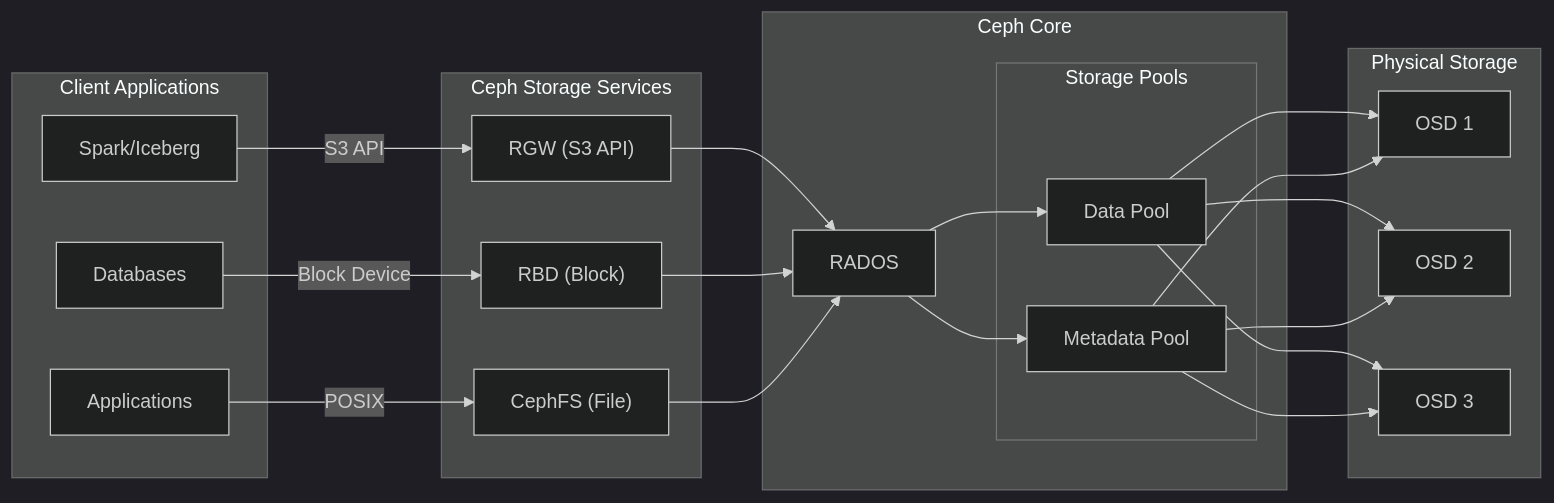
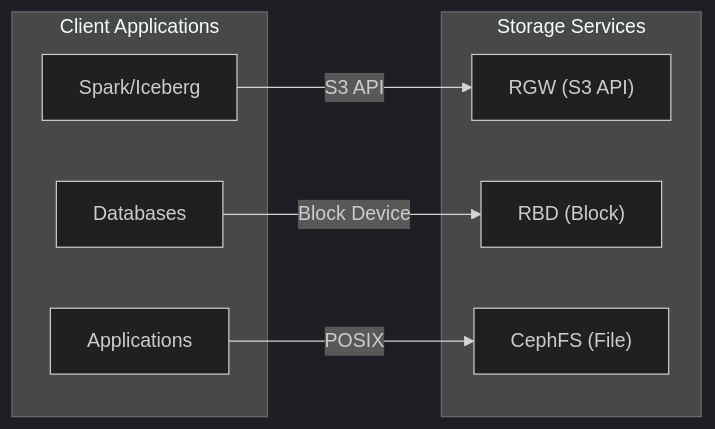
Before and after one commit to rammi-dev/data-k8s-playground: the second of 2 diagrams in components/ceph/README.md, drawn with Mermaid (dark theme). The commit also changed other lines of this file and 144 other files, not shown here.

````diff
--- a/components/ceph/README.md
+++ b/components/ceph/README.md
@@ -76,42 +60,18 @@
 ```mermaid
 flowchart LR
     subgraph Clients["Client Applications"]
         Spark["Spark/Iceberg"]
         DB["Databases"]
         Apps["Applications"]
     end
 
-    subgraph Services["Ceph Storage Services"]
+    subgraph Services["Storage Services"]
         RGW["RGW (S3 API)"]
         RBD["RBD (Block)"]
         CephFS["CephFS (File)"]
     end
 
-    subgraph Core["Ceph Core"]
-        RADOS["RADOS"]
-        subgraph Pools["Storage Pools"]
-            DataPool["Data Pool"]
-            MetaPool["Metadata Pool"]
-        end
-    end
-
-    subgraph Physical["Physical Storage"]
-        OSD1["OSD 1"]
-        OSD2["OSD 2"]
-        OSD3["OSD 3"]
-    end
-
     Spark -->|S3 API| RGW
     DB -->|Block Device| RBD
     Apps -->|POSIX| CephFS
-
-    RGW --> RADOS
-    RBD --> RADOS
-    CephFS --> RADOS
-
-    RADOS --> DataPool
-    RADOS --> MetaPool
-
-    DataPool --> OSD1 & OSD2 & OSD3
-    MetaPool --> OSD1 & OSD2 & OSD3
 ```
````
